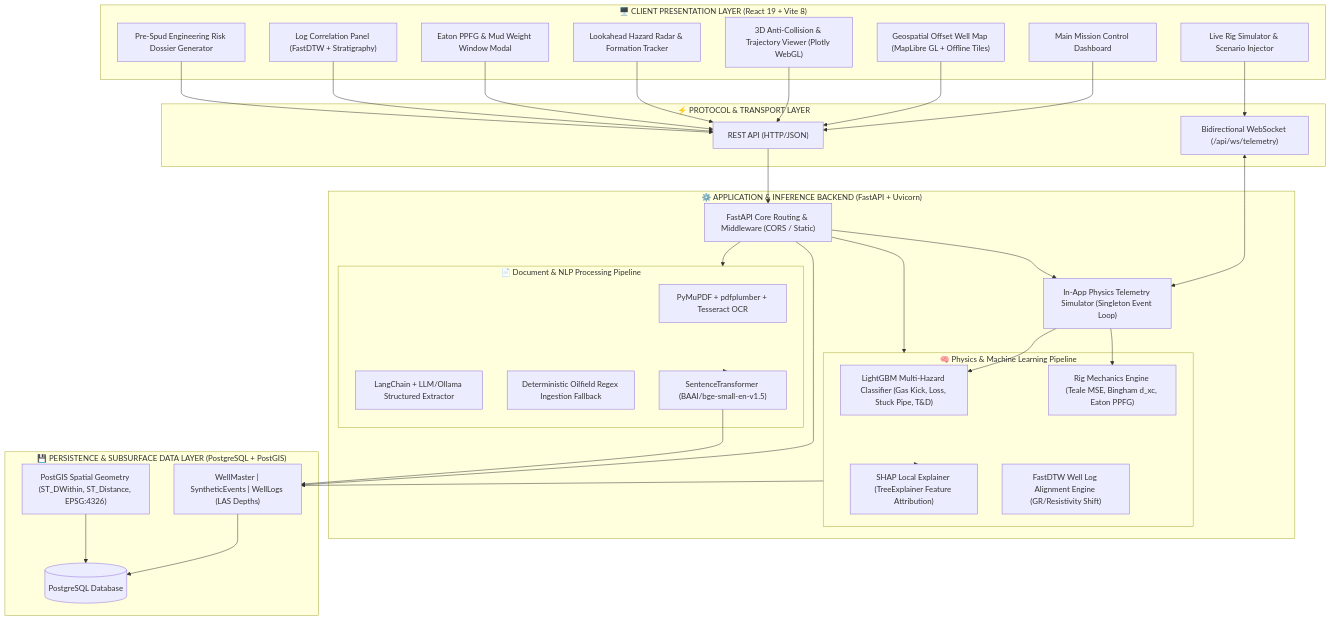
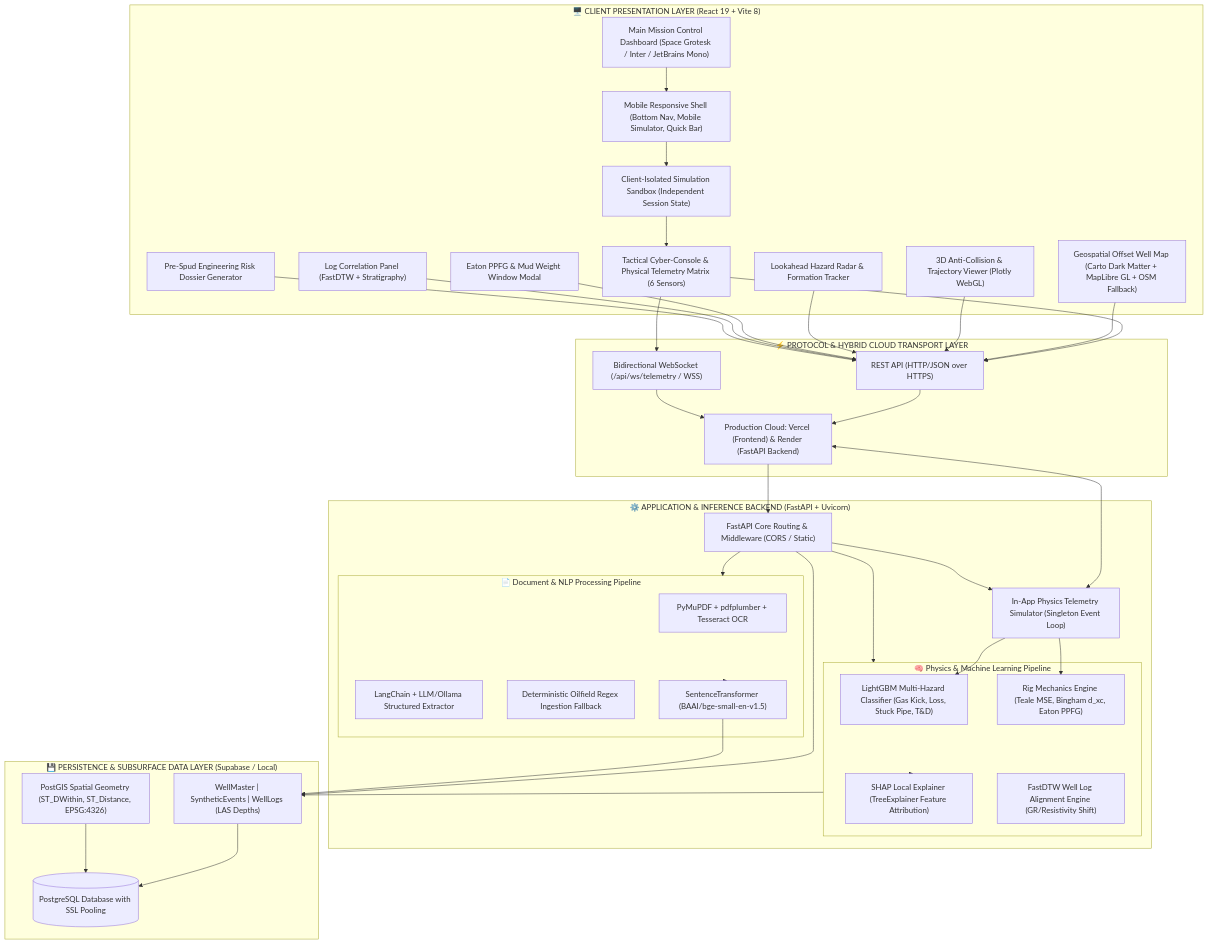
The diagram in architecture.md (thor11223344/PetrolQ), drawn with Mermaid before and after one commit. The commit also changed other lines of this file and 2 other files, not shown here.

Commit message:
docs: update technologies, architecture, and solution docs to reflect mobile UI, Carto Dark Matter, client simulation isolation, and cloud deployment

````diff
--- a/architecture.md
+++ b/architecture.md
@@ -22,73 +22,81 @@
 ```mermaid
 flowchart TB
     subgraph ClientLayer["🖥️ CLIENT PRESENTATION LAYER (React 19 + Vite 8)"]
-        UI["Main Mission Control Dashboard"]
-        MapBox["Geospatial Offset Well Map (MapLibre GL + Offline Tiles)"]
+        UI["Main Mission Control Dashboard (Space Grotesk / Inter / JetBrains Mono)"]
+        MapBox["Geospatial Offset Well Map (Carto Dark Matter + MapLibre GL + OSM Fallback)"]
         ThreeD["3D Anti-Collision & Trajectory Viewer (Plotly WebGL)"]
         Radar["Lookahead Hazard Radar & Formation Tracker"]
         PPFG["Eaton PPFG & Mud Weight Window Modal"]
         Correlate["Log Correlation Panel (FastDTW + Stratigraphy)"]
         Dossier["Pre-Spud Engineering Risk Dossier Generator"]
-        TelemetryPanel["Live Rig Simulator & Scenario Injector"]
+        Console["Tactical Cyber-Console & Physical Telemetry Matrix (6 Sensors)"]
+        MobileShell["Mobile Responsive Shell (Bottom Nav, Mobile Simulator, Quick Bar)"]
+        ClientSandbox["Client-Isolated Simulation Sandbox (Independent Session State)"]
     end
 
-    subgraph Transport["⚡ PROTOCOL & TRANSPORT LAYER"]
-        REST["REST API (HTTP/JSON)"]
-        WS["Bidirectional WebSocket (/api/ws/telemetry)"]
+    subgraph Transport["⚡ PROTOCOL & HYBRID CLOUD TRANSPORT LAYER"]
+        REST["REST API (HTTP/JSON over HTTPS)"]
+        WS["Bidirectional WebSocket (/api/ws/telemetry / WSS)"]
+        Hosting["Production Cloud: Vercel (Frontend) & Render (FastAPI Backend)"]
     end
 
     subgraph BackendLayer["⚙️ APPLICATION & INFERENCE BACKEND (FastAPI + Uvicorn)"]
         Router["FastAPI Core Routing & Middleware (CORS / Static)"]
         SimEngine["In-App Physics Telemetry Simulator (Singleton Event Loop)"]
         
         subgraph AI_Engine["🧠 Physics & Machine Learning Pipeline"]
             LGBM["LightGBM Multi-Hazard Classifier (Gas Kick, Loss, Stuck Pipe, T&D)"]
             SHAPEngine["SHAP Local Explainer (TreeExplainer Feature Attribution)"]
             PhysicsCalc["Rig Mechanics Engine (Teale MSE, Bingham d_xc, Eaton PPFG)"]
             DTWEngine["FastDTW Well Log Alignment Engine (GR/Resistivity Shift)"]
         end
 
         subgraph NLPEngine["📄 Document & NLP Processing Pipeline"]
             Parser["PyMuPDF + pdfplumber + Tesseract OCR"]
             Extractor["LangChain + LLM/Ollama Structured Extractor"]
             RegexFallback["Deterministic Oilfield Regex Ingestion Fallback"]
             VectorEmbed["SentenceTransformer (BAAI/bge-small-en-v1.5)"]
         end
     end
 
-    subgraph PersistenceLayer["💾 PERSISTENCE & SUBSURFACE DATA LAYER (PostgreSQL + PostGIS)"]
-        DB[(PostgreSQL Database)]
+    subgraph PersistenceLayer["💾 PERSISTENCE & SUBSURFACE DATA LAYER (Supabase / Local)"]
+        DB[(PostgreSQL Database with SSL Pooling)]
         PG_Geo["PostGIS Spatial Geometry (ST_DWithin, ST_Distance, EPSG:4326)"]
         Tables["WellMaster | SyntheticEvents | WellLogs (LAS Depths)"]
     end
 
-    %% Client to Transport
-    UI --> REST
-    TelemetryPanel --> WS
+    %% Client internal & Transport
+    UI --> MobileShell
+    MobileShell --> ClientSandbox
+    ClientSandbox --> Console
+    Console --> REST
+    Console --> WS
     MapBox --> REST
     ThreeD --> REST
     Radar --> REST
     PPFG --> REST
     Correlate --> REST
     Dossier --> REST
 
     %% Transport to Backend
-    REST --> Router
-    WS <--> SimEngine
+    REST --> Hosting
+    WS --> Hosting
+    Hosting --> Router
+    Hosting <--> SimEngine
 
     %% Backend internal routing
     Router --> SimEngine
     Router --> AI_Engine
     Router --> NLPEngine
     SimEngine --> LGBM
     SimEngine --> PhysicsCalc
     AI_Engine --> SHAPEngine
 
     %% Data access
     Router --> Tables
     AI_Engine --> Tables
     NLPEngine --> VectorEmbed
     VectorEmbed --> Tables
     Tables --> DB
     PG_Geo --> DB
 ```
````
